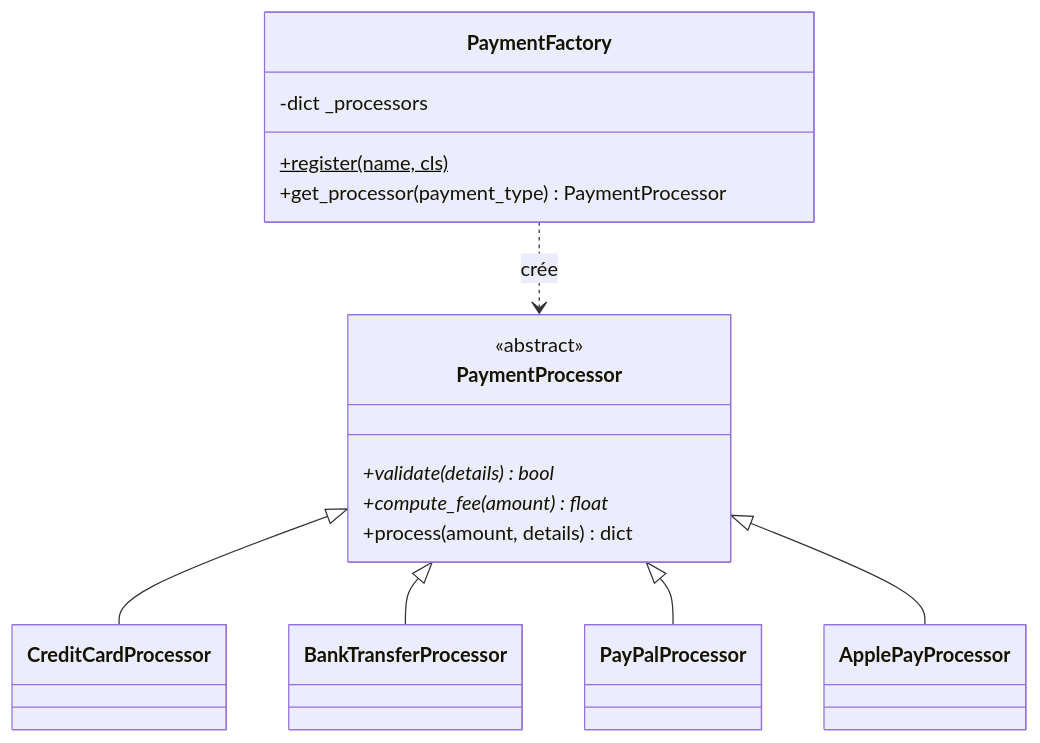
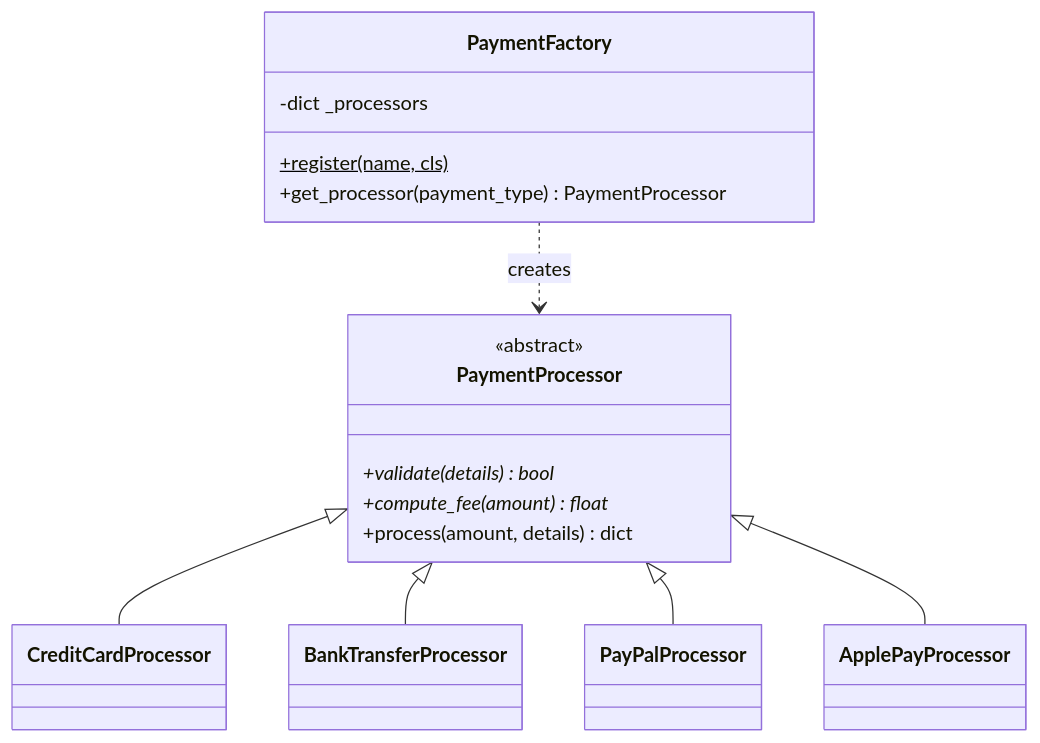
Before and after one commit to OthmanChennaoui/oop-aidams-2a-exercices: the first of 7 diagrams in 05_design_patterns/README.md, drawn with Mermaid. The commit also changed other lines of this file and 32 other files, not shown here.

````diff
--- a/05_design_patterns/README.md
+++ b/05_design_patterns/README.md
@@ -29,23 +29,23 @@
 ```mermaid
 classDiagram
     class PaymentProcessor {
         <<abstract>>
         +validate(details)* bool
         +compute_fee(amount)* float
         +process(amount, details) dict
     }
     class CreditCardProcessor
     class BankTransferProcessor
     class PayPalProcessor
     class ApplePayProcessor
     class PaymentFactory {
         -dict _processors
         +register(name, cls)$
         +get_processor(payment_type) PaymentProcessor
     }
     PaymentProcessor <|-- CreditCardProcessor
     PaymentProcessor <|-- BankTransferProcessor
     PaymentProcessor <|-- PayPalProcessor
     PaymentProcessor <|-- ApplePayProcessor
-    PaymentFactory ..> PaymentProcessor : crée
+    PaymentFactory ..> PaymentProcessor : creates
 ```
````
